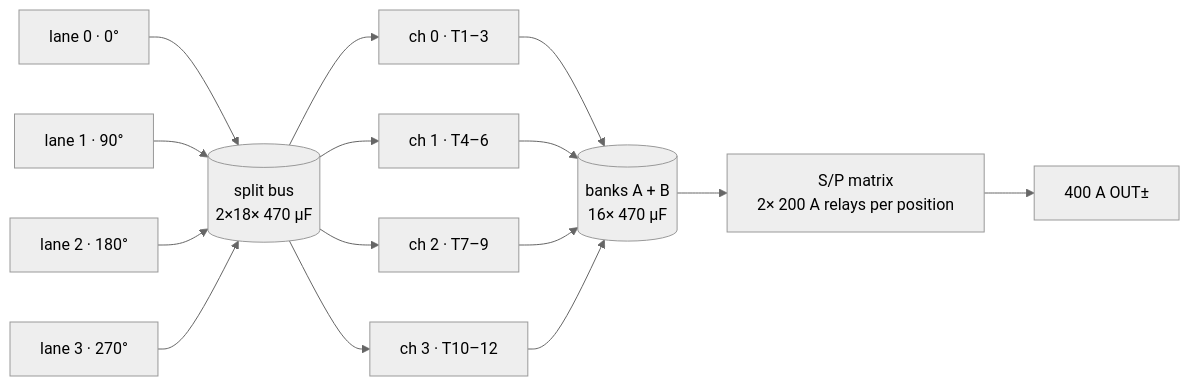
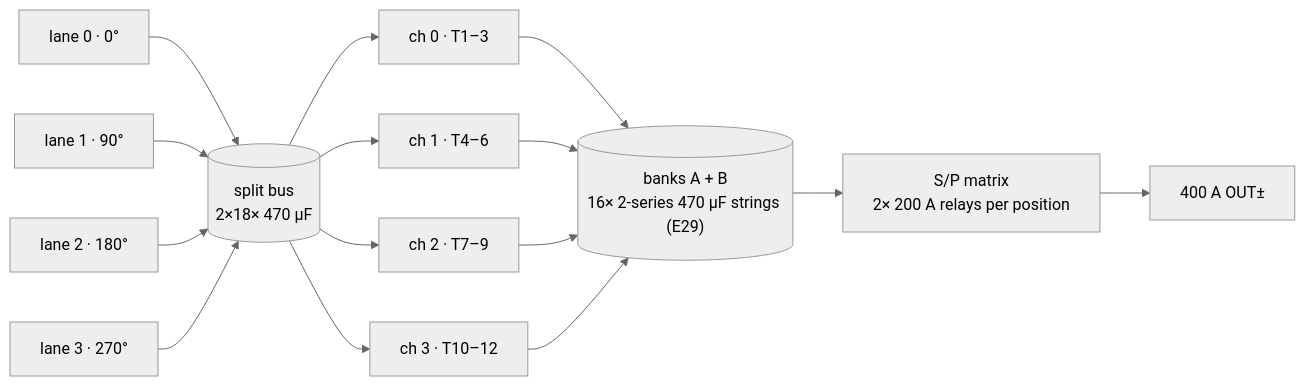
One commit to vectivolt/DC-Modules changed the diagram in boards/120kw/README.md. Above: the diagram before and after it, drawn with Mermaid (neutral theme). The commit also changed other lines of this file and 34 other files, not shown here.

````diff
--- a/boards/120kw/README.md
+++ b/boards/120kw/README.md
@@ -16,10 +16,10 @@
 ```mermaid
 flowchart LR
   L0["lane 0 · 0°"] --> BUS[("split bus<br/>2×18× 470 µF")]
   L1["lane 1 · 90°"] --> BUS
   L2["lane 2 · 180°"] --> BUS
   L3["lane 3 · 270°"] --> BUS
   BUS --> C0["ch 0 · T1–3"] & C1["ch 1 · T4–6"] & C2["ch 2 · T7–9"] & C3["ch 3 · T10–12"]
-  C0 & C1 & C2 & C3 --> BK[("banks A + B<br/>16× 470 µF")]
+  C0 & C1 & C2 & C3 --> BK[("banks A + B<br/>16× 2-series 470 µF strings (E29)")]
   BK --> SP["S/P matrix<br/>2× 200 A relays per position"] --> OUT["400 A OUT±"]
 ```
````
